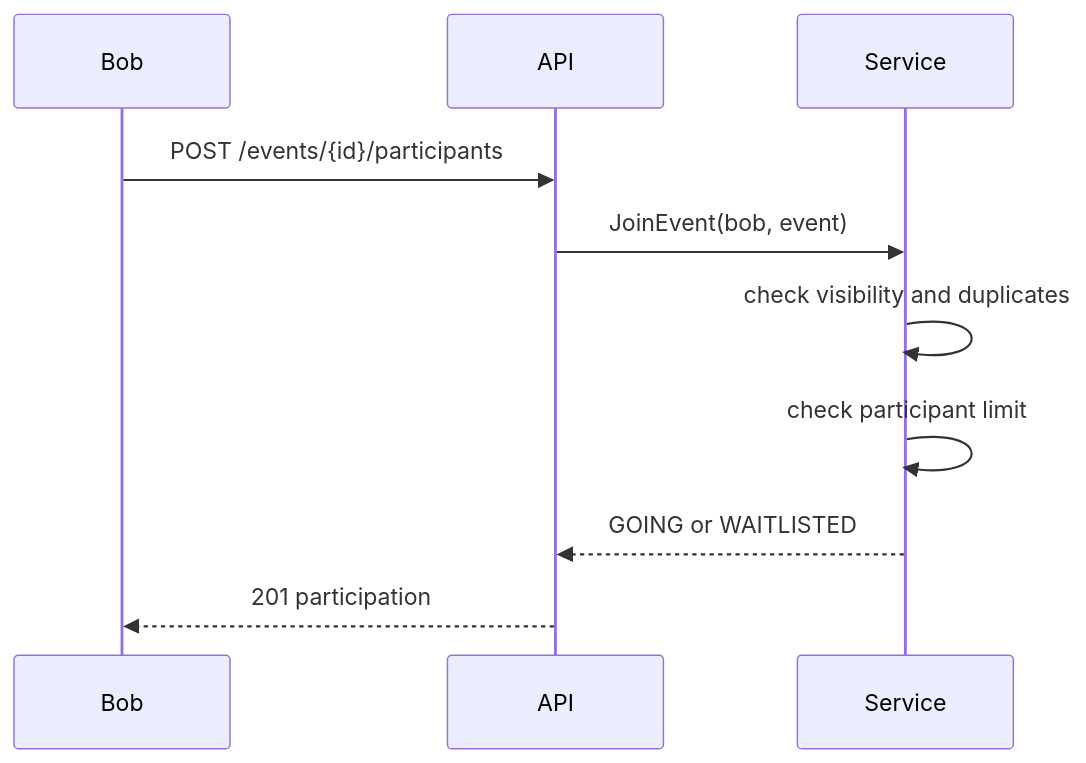
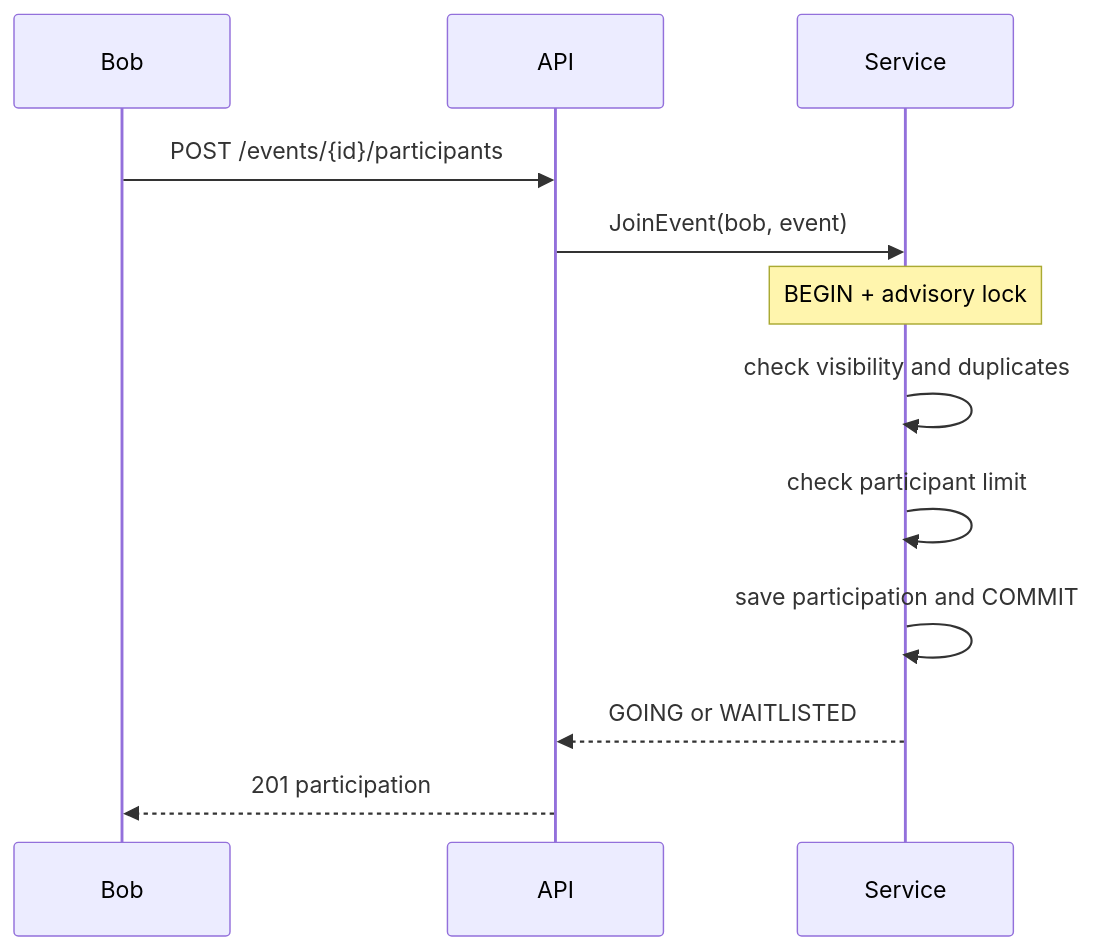
Before and after one commit to dmgoldberg1/Gatherly: the second of 3 diagrams in docs/sequence-diagram.md, drawn with Mermaid. The commit also changed other lines of this file and 64 other files, not shown here.

````diff
--- a/docs/sequence-diagram.md
+++ b/docs/sequence-diagram.md
@@ -23,13 +26,15 @@
 ```mermaid
 sequenceDiagram
     participant Bob
     participant API
     participant Service
 
     Bob->>API: POST /events/{id}/participants
     API->>Service: JoinEvent(bob, event)
+    Note over Service: BEGIN + advisory lock
     Service->>Service: check visibility and duplicates
     Service->>Service: check participant limit
+    Service->>Service: save participation and COMMIT
     Service-->>API: GOING or WAITLISTED
     API-->>Bob: 201 participation
 ```
````
